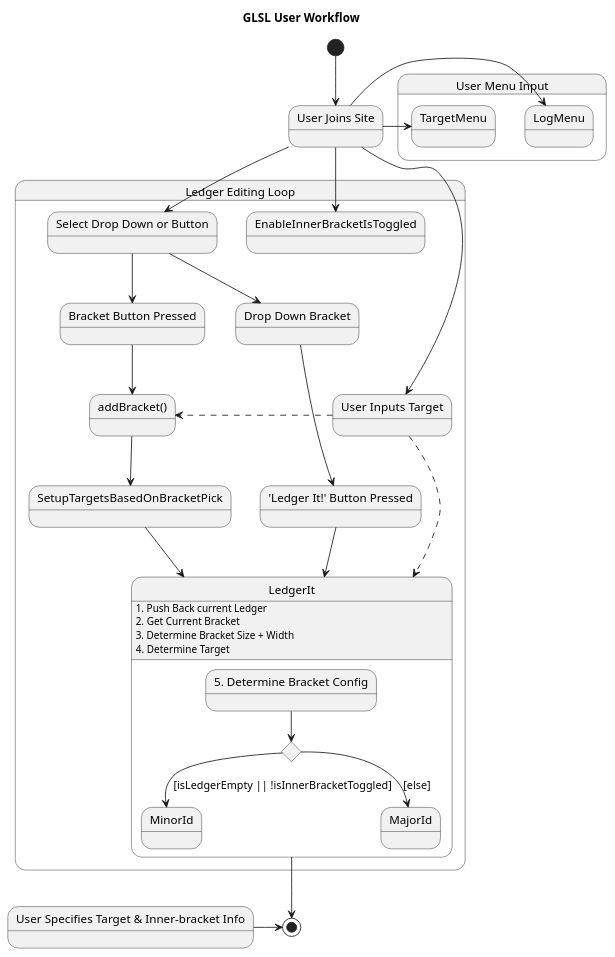
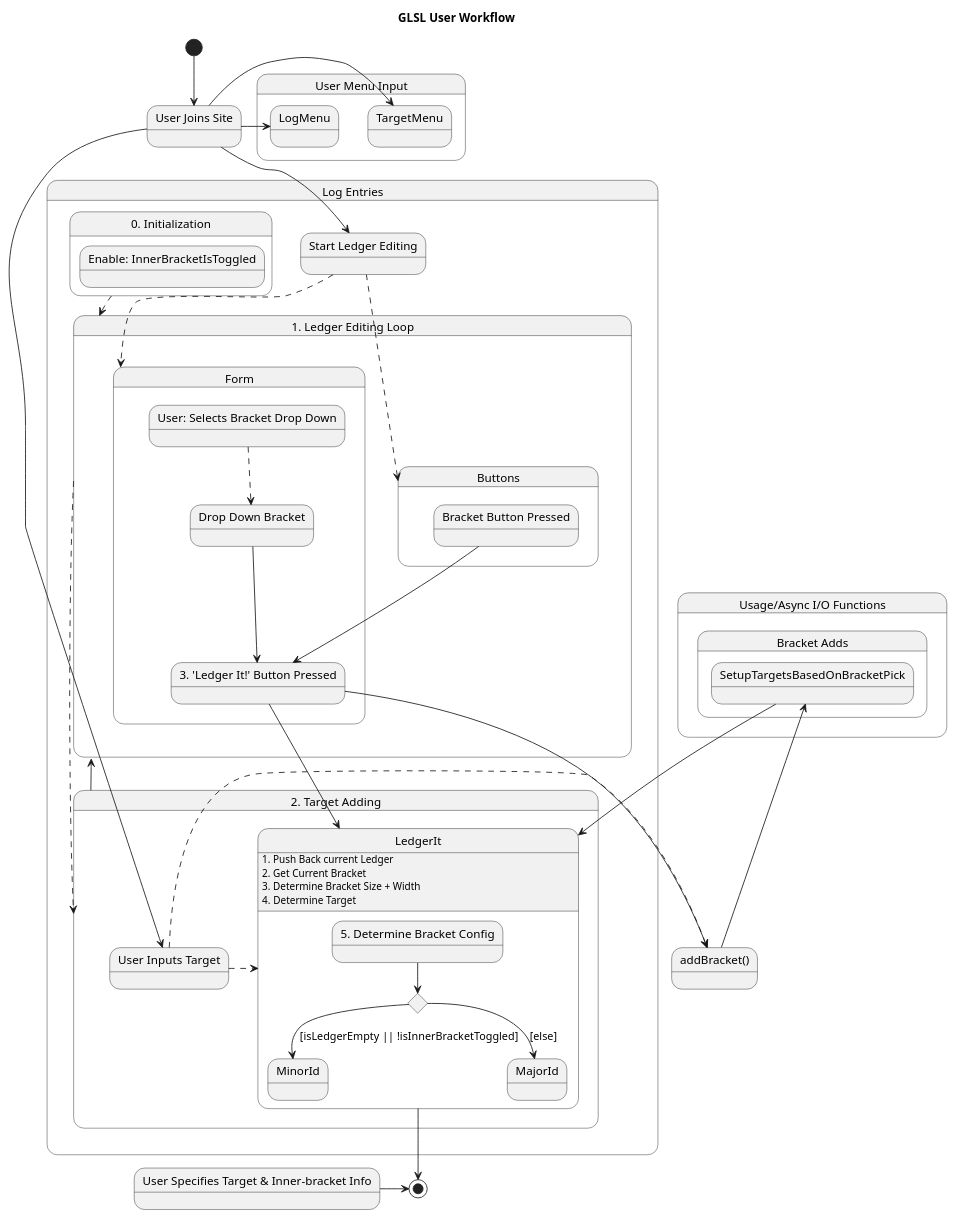
The diagram in 02_GLSL/01_Design-Docs/UX-Workflow.adoc (ActuallyFro/Grevnyrch), drawn with PlantUML before and after one commit.

Commit message:
{02_GLSL/01_Design-Docs} Updating diagram

```diff
--- a/02_GLSL/01_Design-Docs/UX-Workflow.adoc
+++ b/02_GLSL/01_Design-Docs/UX-Workflow.adoc
@@ -17,41 +17,74 @@
 [*] -down-> UserJoins
 
 
-State "Ledger Editing Loop" as LedgerLoop {
-  UserJoins -down-> SelectDropDownOrButton
-  UserJoins -down-> TargetIsInputted
-  UserJoins -down-> EnableInnerBracketIsToggled
+State "Log Entries" as LogEntries {
+  State "0. Initialization" as Init {
+    State "Enable: InnerBracketIsToggled" as EnableInnerBracketIsToggled
+  }
+  
+  Init -down[dashed]-> LedgerLoop
+  UserJoins -down-> LedgerStart
+  
+  State "1. Ledger Editing Loop" as LedgerLoop {
 
-  State "Select Drop Down or Button" as SelectDropDownOrButton
-  State "Bracket Button Pressed" as BracketButton
-  State "Drop Down Bracket" as DropDownBracket 
-  State "addBracket()" as addBracket
-  State "'Ledger It!' Button Pressed" as PressesLedgerItButton
+    State "Start Ledger Editing" as LedgerStart
   
-  State "User Inputs Target" as TargetIsInputted
+    LedgerStart -[dashed]-> LedgerLoopForm
+    LedgerStart -[dashed]-> LedgerLoopButtons
   
+    State "Form" as LedgerLoopForm {
+      State "User: Selects Bracket Drop Down" as SelectDropDown
+      SelectDropDown -down[dashed]-> DropDownBracket
+    
+      State "Drop Down Bracket" as DropDownBracket 
+      DropDownBracket --> PressesLedgerItButton      
+    }
+    
+    State "Buttons" as LedgerLoopButtons {
+      State "Bracket Button Pressed" as BracketButton
+      BracketButton --> PressesLedgerItButton
+    }
+  
+  }
+
+  LedgerLoop -right[dashed]->TargetAdding
+  TargetAdding -left-> LedgerLoop
+  
+  State "2. Target Adding" as TargetAdding {
+    UserJoins -right-> TargetIsInputted
+
+    State "User Inputs Target" as TargetIsInputted
+    TargetIsInputted -[dashed]> LedgerIt
+  }
+
   
 
+  State "3. 'Ledger It!' Button Pressed" as PressesLedgerItButton{
+    PressesLedgerItButton -down-> LedgerIt
+  }
 
-  SelectDropDownOrButton -down-> DropDownBracket
-  SelectDropDownOrButton -down-> BracketButton
-  BracketButton --> addBracket
 
-  TargetIsInputted -[dashed]> addBracket
-  TargetIsInputted -[dashed]> LedgerIt
+}
 
-  DropDownBracket --> PressesLedgerItButton
+    PressesLedgerItButton --> addBracket
 
-  PressesLedgerItButton -down-> LedgerIt
-  
-  addBracket --> SetupTargetsBasedOnBracketPick
-  SetupTargetsBasedOnBracketPick --> LedgerIt
+
+State "Usage/Async I/O Functions" as AsyncFunctions {
 
   LedgerIt: 1. Push Back current Ledger
   LedgerIt: 2. Get Current Bracket
   LedgerIt: 3. Determine Bracket Size + Width
   LedgerIt: 4. Determine Target
+
+  state "Bracket Adds" as Brackets {
+    State "addBracket()" as addBracket
+    TargetIsInputted -[dashed]> addBracket
+
+    addBracket --> SetupTargetsBasedOnBracketPick
+    SetupTargetsBasedOnBracketPick --> LedgerIt
   
+  }
+
   state LedgerIt {
     state addTo <<choice>>
     
@@ -64,6 +97,7 @@
   }
 
 }
+
 
 State "User Menu Input" as UserMenuInput {
 
```
